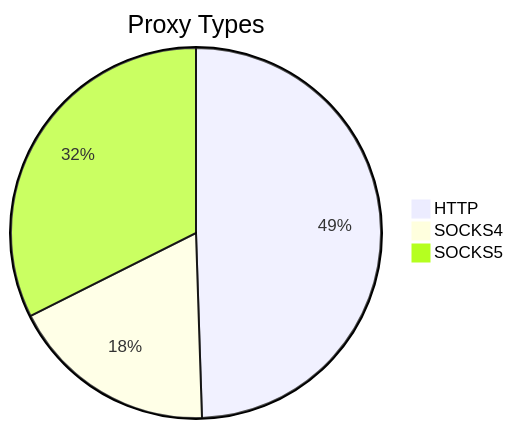
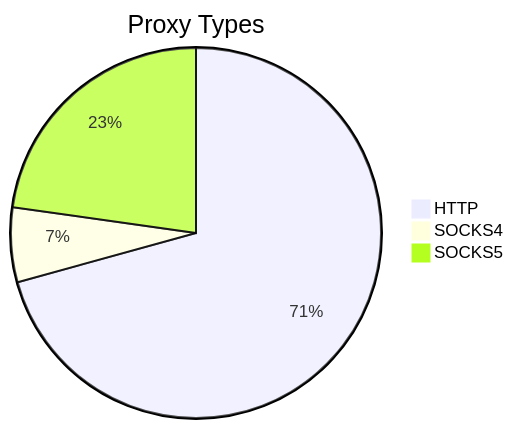
One commit to stormsia/proxy-list changed the first of 2 diagrams in README.md. Above: the diagram before and after it, drawn with Mermaid. The commit also changed other lines of this file, not shown here.

````diff
--- a/README.md
+++ b/README.md
@@ -21,6 +21,6 @@
 ```mermaid
 pie title Proxy Types
-    "HTTP" : 336
-    "SOCKS4" : 123
-    "SOCKS5" : 220
+    "HTTP" : 413
+    "SOCKS4" : 38
+    "SOCKS5" : 133
 ```
````
